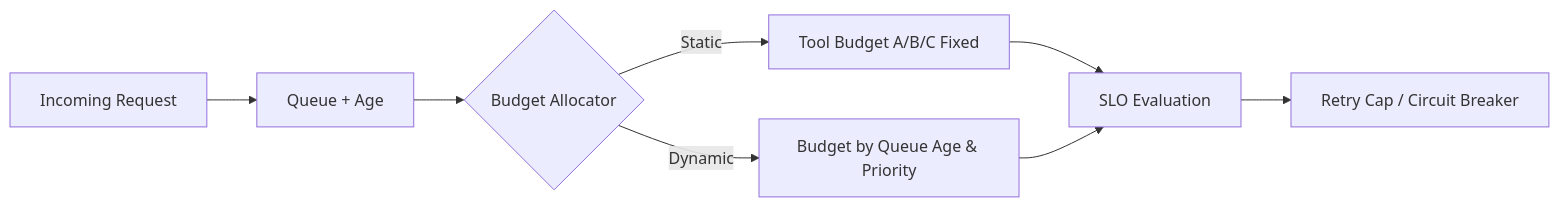
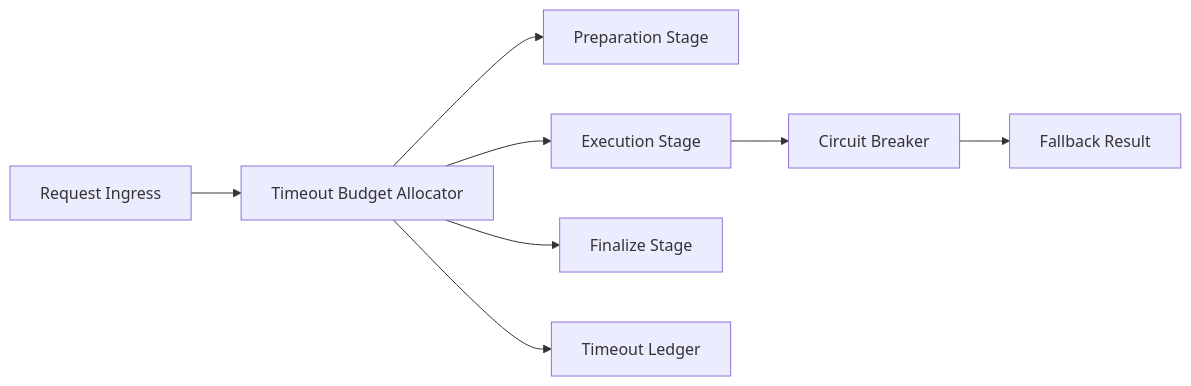
The diagram in docs/azure-agent-infra/agent-tool-timeout-budget-selection-faq.en.md (turbo998/ai-infra-lab), drawn with Mermaid before and after one commit. The commit also changed other lines of this file and 3509 other files, not shown here.

````diff
--- a/docs/azure-agent-infra/agent-tool-timeout-budget-selection-faq.en.md
+++ b/docs/azure-agent-infra/agent-tool-timeout-budget-selection-faq.en.md
@@ -24,10 +26,10 @@
 ```mermaid
 flowchart LR
-  Req[Incoming Request] --> Queue[Queue + Age]
-  Queue --> Alloc{Budget Allocator}
-  Alloc -->|Static| T1[Tool Budget A/B/C Fixed]
-  Alloc -->|Dynamic| T2[Budget by Queue Age & Priority]
-  T1 --> Eval[SLO Evaluation]
-  T2 --> Eval
-  Eval --> Fallback[Retry Cap / Circuit Breaker]
+  I[Request Ingress] --> B[Timeout Budget Allocator]
+  B --> P[Preparation Stage]
+  B --> X[Execution Stage]
+  B --> F[Finalize Stage]
+  X --> C[Circuit Breaker]
+  C --> D[Fallback Result]
+  B --> L[Timeout Ledger]
 ```
````
